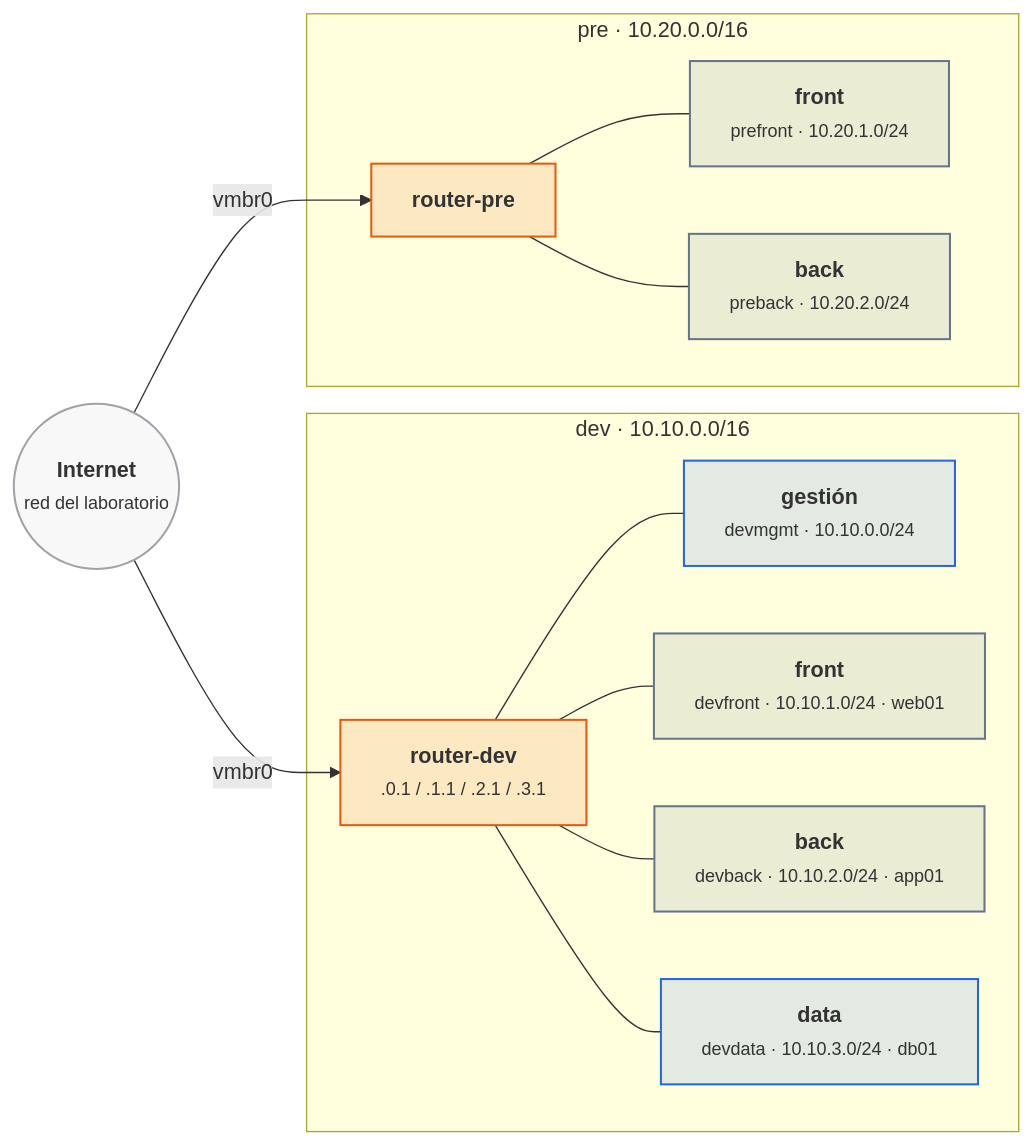
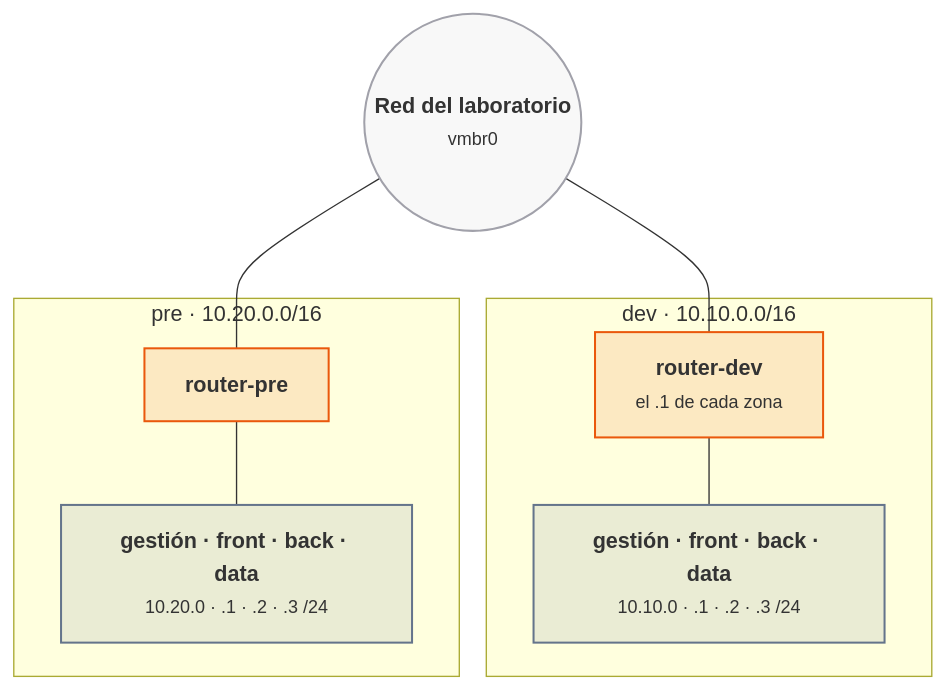
One commit to victor-educ/apuntes-5166 changed the first of 3 diagrams in docs/ut/ut2-vpc.md. Above: the diagram before and after it, drawn with Mermaid. The commit also changed other lines of this file and 4 other files, not shown here.

````diff
--- a/docs/ut/ut2-vpc.md
+++ b/docs/ut/ut2-vpc.md
@@ -160,30 +78,19 @@
 ```mermaid
-flowchart LR
-    INET(("<b>Internet</b><br><small>red del laboratorio</small>")):::infra
+flowchart TB
+    INET(("<b>Red del laboratorio</b><br><small>vmbr0</small>")):::infra
     subgraph DEV["dev · 10.10.0.0/16"]
-        RDEV["<b>router-dev</b><br><small>.0.1 / .1.1 / .2.1 / .3.1</small>"]:::act
-        MDEV["<b>gestión</b><br><small>devmgmt · 10.10.0.0/24</small>"]:::dato
-        FDEV["<b>front</b><br><small>devfront · 10.10.1.0/24 · web01</small>"]:::pieza
-        BDEV["<b>back</b><br><small>devback · 10.10.2.0/24 · app01</small>"]:::pieza
-        DDEV["<b>data</b><br><small>devdata · 10.10.3.0/24 · db01</small>"]:::dato
-        RDEV --- MDEV
-        RDEV --- FDEV
-        RDEV --- BDEV
-        RDEV --- DDEV
+        RDEV["<b>router-dev</b><br><small>el .1 de cada zona</small>"]:::act
+        Z1["<b>gestión · front · back · data</b><br><small>10.10.0 · .1 · .2 · .3 /24</small>"]:::pieza
+        RDEV --- Z1
     end
     subgraph PRE["pre · 10.20.0.0/16"]
         RPRE["<b>router-pre</b>"]:::act
-        FPRE["<b>front</b><br><small>prefront · 10.20.1.0/24</small>"]:::pieza
-        BPRE["<b>back</b><br><small>preback · 10.20.2.0/24</small>"]:::pieza
-        RPRE --- FPRE
-        RPRE --- BPRE
+        Z2["<b>gestión · front · back · data</b><br><small>10.20.0 · .1 · .2 · .3 /24</small>"]:::pieza
+        RPRE --- Z2
     end
-    INET -- vmbr0 --> RDEV
-    INET -- vmbr0 --> RPRE
+    INET --- RDEV
+    INET --- RPRE
     classDef act fill:#ea580c22,stroke:#ea580c,stroke-width:1.5px
     classDef pieza fill:#64748b22,stroke:#64748b,stroke-width:1.5px
-    classDef dato fill:#2563eb22,stroke:#2563eb,stroke-width:1.5px
     classDef infra fill:#a1a1aa14,stroke:#a1a1aa,stroke-width:1.5px
-    classDef ok fill:#16a34a22,stroke:#16a34a,stroke-width:1.5px
-    classDef riesgo fill:#dc262622,stroke:#dc2626,stroke-width:1.5px
 ```
````
